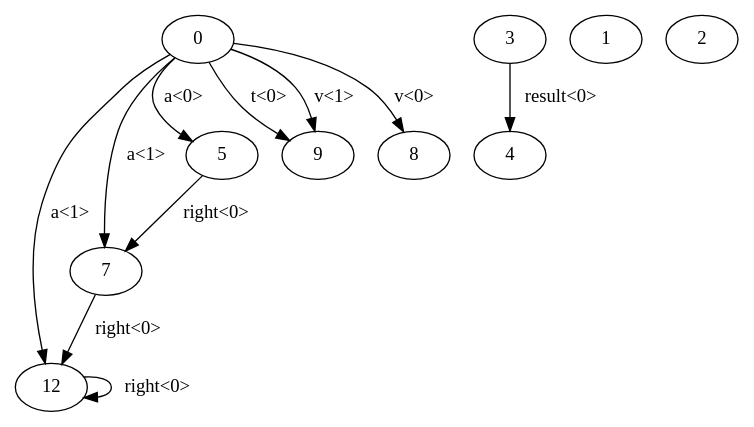
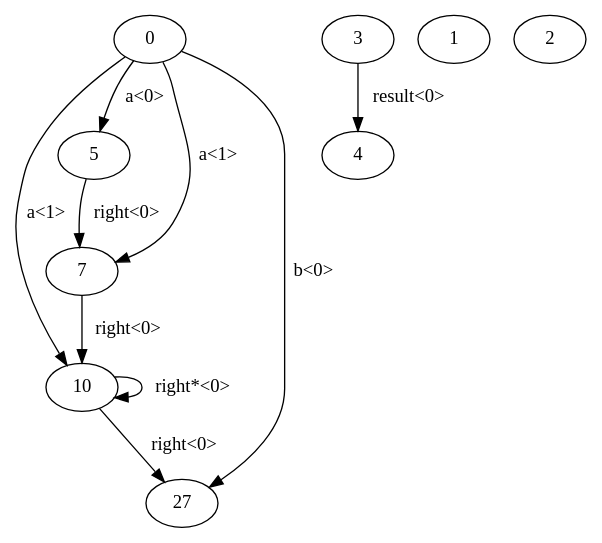
One commit to varivera/aliasing-java changed the diagram in AliasingImpl/source/test.dot. Above: the diagram before and after it, drawn with Graphviz. The commit also changed 11 other files, not shown here.

```diff
--- a/AliasingImpl/source/test.dot
+++ b/AliasingImpl/source/test.dot
@@ -1,22 +1,20 @@
 digraph G {
-n12->n12 [label="right<0>"]
-n7->n12 [label="right<0>"]
+n10->n27 [label="right<0>"]
+n10->n10 [label="right*<0>"]
+n7->n10 [label="right<0>"]
 n5->n7 [label="right<0>"]
-n0->n9 [label="t<0>"]
-n0->n9 [label="v<1>"]
-n0->n8 [label="v<0>"]
-n0->n12 [label="a<1>"]
+n0->n27 [label="b<0>"]
+n0->n10 [label="a<1>"]
 n0->n7 [label="a<1>"]
 n0->n5 [label="a<0>"]
 n0[label="0"]
+n27[label="27"]
 n5[label="5"]
 n7[label="7"]
-n8[label="8"]
-n9[label="9"]
-n12[label="12"]
+n10[label="10"]
 n3->n4 [label="result<0>"]
 n3[label="3"]
 n4[label="4"]
 n1[label="1"]
 n2[label="2"]
 }
```
